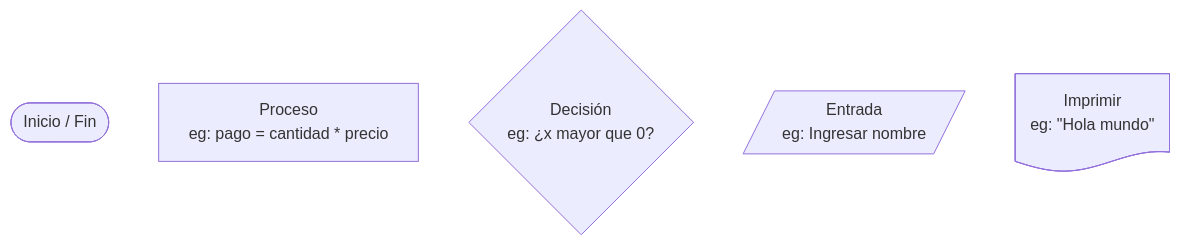
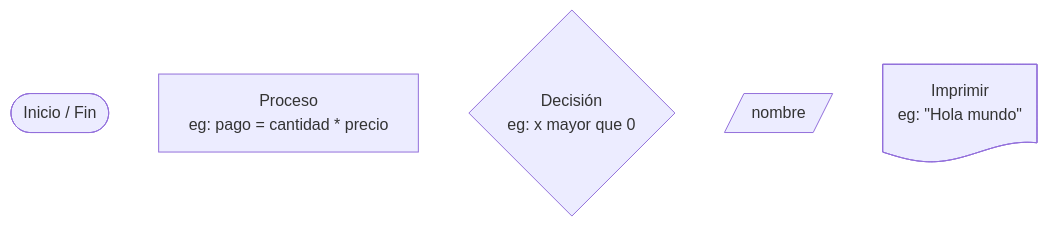
One commit to BenjaminSerrano/principios-programacion changed the first of 6 diagrams in docs/core/introduction/flowcharts.md. Above: the diagram before and after it, drawn with Mermaid. The commit also changed other lines of this file and 4 other files, not shown here.

First line of the commit message:
Reorganizar contenido y unificar convenciones en diagramas de flujo

````diff
--- a/docs/core/introduction/flowcharts.md
+++ b/docs/core/introduction/flowcharts.md
@@ -78,8 +78,8 @@
 ``` mermaid
 flowchart TD
     A([Inicio / Fin])
     B[Proceso\neg: pago = cantidad * precio]
-    C{Decisión\neg: ¿x mayor que 0?}
-    D[/Entrada\neg: Ingresar nombre/]
+    C{Decisión\neg: x mayor que 0}
+    D[/nombre/]
     E@{ shape: doc, label: "Imprimir\neg: \"Hola mundo\"" }
 ```
````
